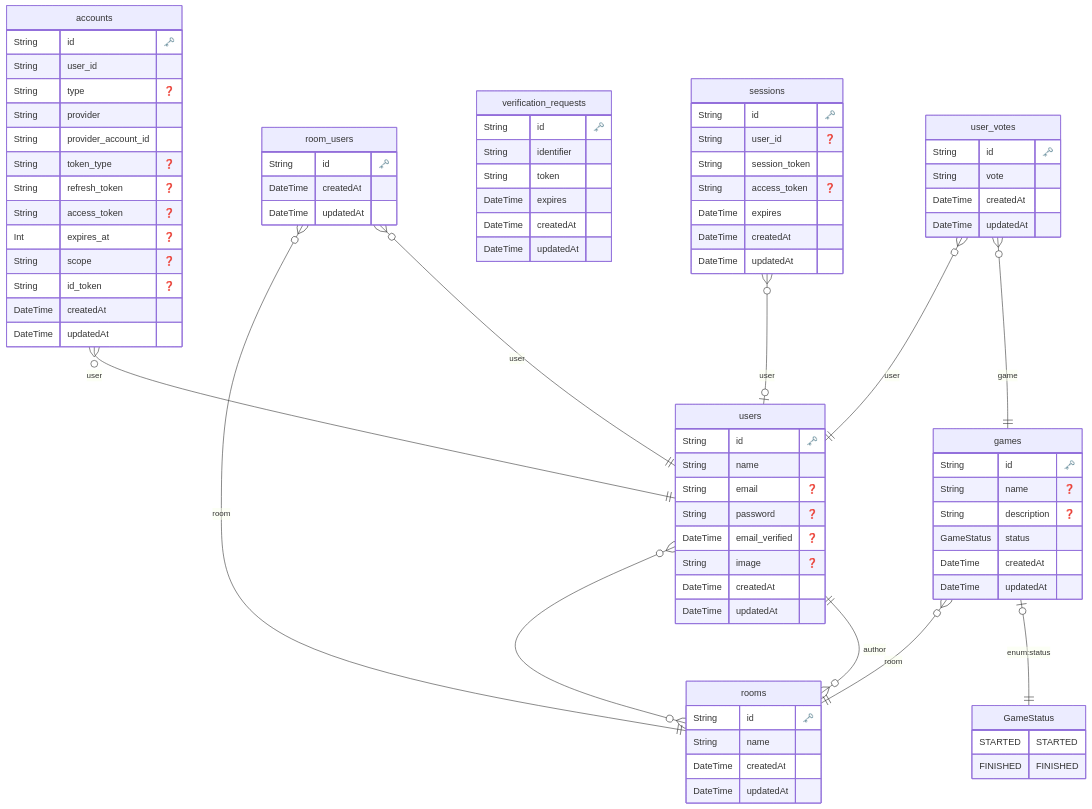
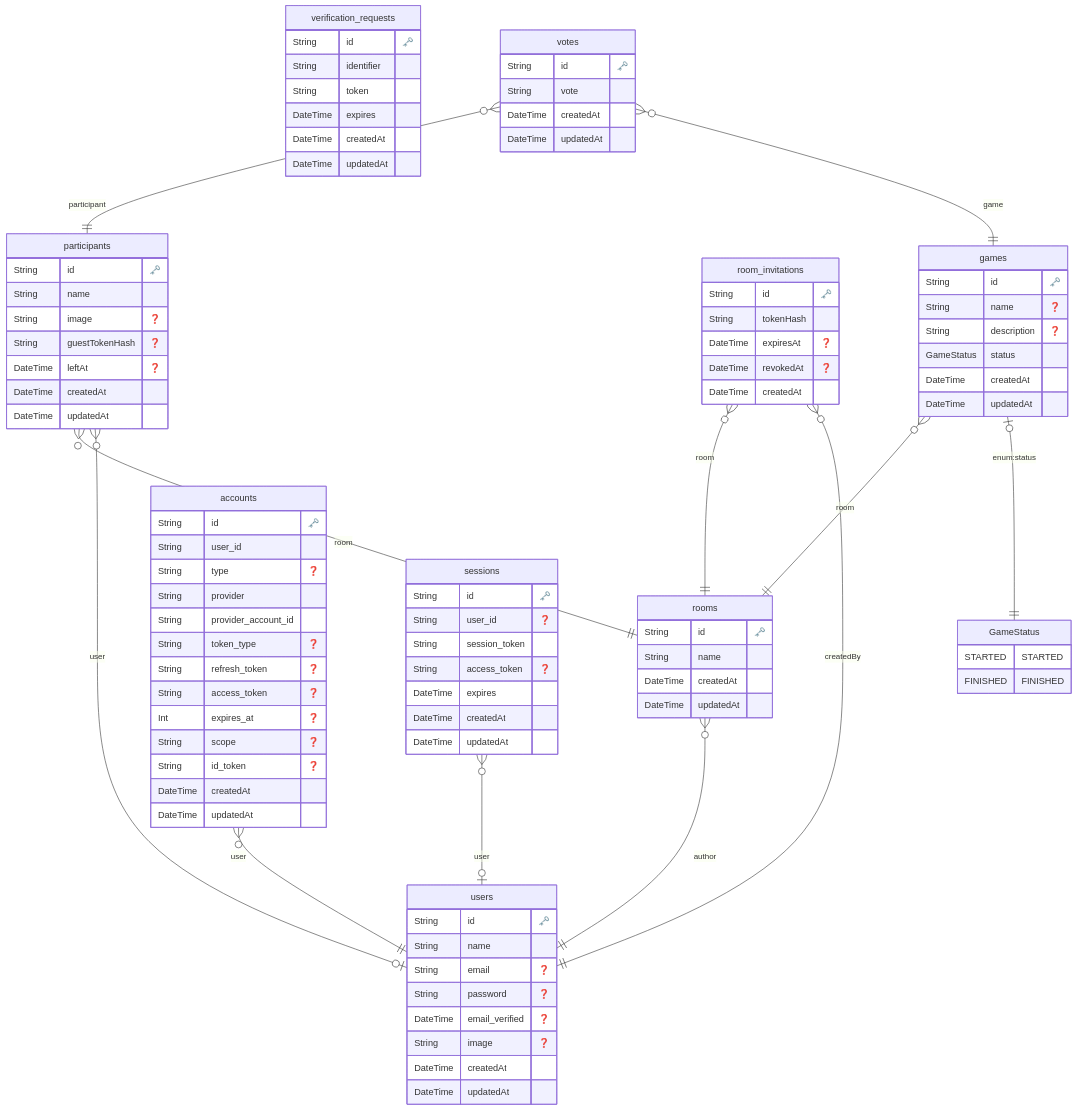
The diagram in ERD.md (sebastiansiejek/planning-poker), drawn with Mermaid before and after one commit. The commit also changed 38 other files, not shown here.

Commit message:
feat(room): migrate rooms to participants

````diff
--- a/ERD.md
+++ b/ERD.md
@@ -5,97 +5,111 @@
             STARTED STARTED
 FINISHED FINISHED
         }
-    
+
   "users" {
     String id "🗝️"
-    String name 
+    String name
     String email "❓"
     String password "❓"
     DateTime email_verified "❓"
     String image "❓"
-    DateTime createdAt 
-    DateTime updatedAt 
+    DateTime createdAt
+    DateTime updatedAt
     }
-  
+
 
   "accounts" {
     String id "🗝️"
-    String user_id 
+    String user_id
     String type "❓"
-    String provider 
-    String provider_account_id 
+    String provider
+    String provider_account_id
     String token_type "❓"
     String refresh_token "❓"
     String access_token "❓"
     Int expires_at "❓"
     String scope "❓"
     String id_token "❓"
-    DateTime createdAt 
-    DateTime updatedAt 
+    DateTime createdAt
+    DateTime updatedAt
     }
-  
+
 
   "sessions" {
     String id "🗝️"
     String user_id "❓"
-    String session_token 
+    String session_token
     String access_token "❓"
-    DateTime expires 
-    DateTime createdAt 
-    DateTime updatedAt 
+    DateTime expires
+    DateTime createdAt
+    DateTime updatedAt
     }
-  
+
 
   "verification_requests" {
     String id "🗝️"
-    String identifier 
-    String token 
-    DateTime expires 
-    DateTime createdAt 
-    DateTime updatedAt 
+    String identifier
+    String token
+    DateTime expires
+    DateTime createdAt
+    DateTime updatedAt
     }
-  
+
 
   "rooms" {
     String id "🗝️"
-    String name 
-    DateTime createdAt 
-    DateTime updatedAt 
+    String name
+    DateTime createdAt
+    DateTime updatedAt
     }
-  
 
-  "room_users" {
+
+  "participants" {
     String id "🗝️"
-    DateTime createdAt 
-    DateTime updatedAt 
+    String name
+    String image "❓"
+    String guestTokenHash "❓"
+    DateTime leftAt "❓"
+    DateTime createdAt
+    DateTime updatedAt
     }
-  
+
+
+  "room_invitations" {
+    String id "🗝️"
+    String tokenHash
+    DateTime expiresAt "❓"
+    DateTime revokedAt "❓"
+    DateTime createdAt
+    }
+
 
   "games" {
     String id "🗝️"
     String name "❓"
     String description "❓"
-    GameStatus status 
-    DateTime createdAt 
-    DateTime updatedAt 
+    GameStatus status
+    DateTime createdAt
+    DateTime updatedAt
     }
-  
 
-  "user_votes" {
+
+  "votes" {
     String id "🗝️"
-    String vote 
-    DateTime createdAt 
-    DateTime updatedAt 
+    String vote
+    DateTime createdAt
+    DateTime updatedAt
     }
-  
-    "users" o{--}o "rooms" : ""
+
     "accounts" }o--|| users : "user"
     "sessions" }o--|o users : "user"
     "rooms" }o--|| users : "author"
-    "room_users" }o--|| rooms : "room"
-    "room_users" }o--|| users : "user"
+    "participants" }o--|| rooms : "room"
+    "participants" }o--|o users : "user"
+    "room_invitations" }o--|| rooms : "room"
+    "room_invitations" }o--|| users : "createdBy"
     "games" }o--|| rooms : "room"
     "games" |o--|| "GameStatus" : "enum:status"
-    "user_votes" }o--|| users : "user"
-    "user_votes" }o--|| games : "game"
+    "votes" }o--|| participants : "participant"
+    "votes" }o--|| games : "game"
 ```
````
